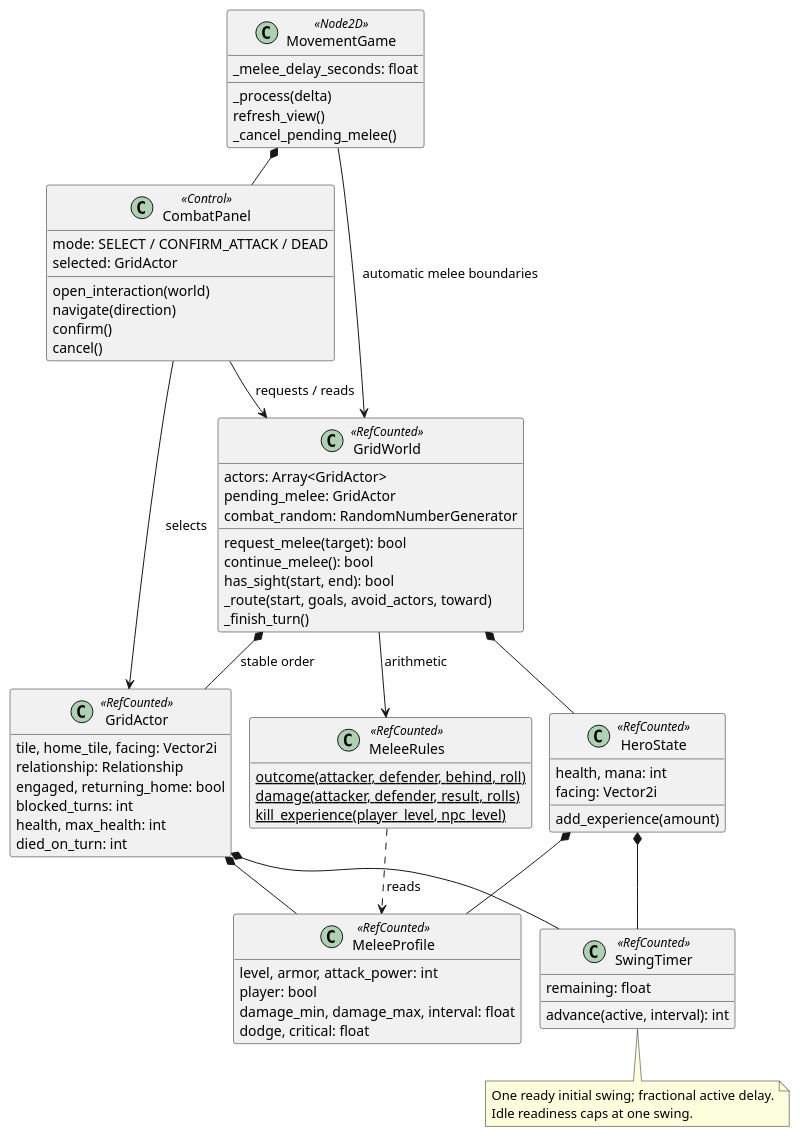
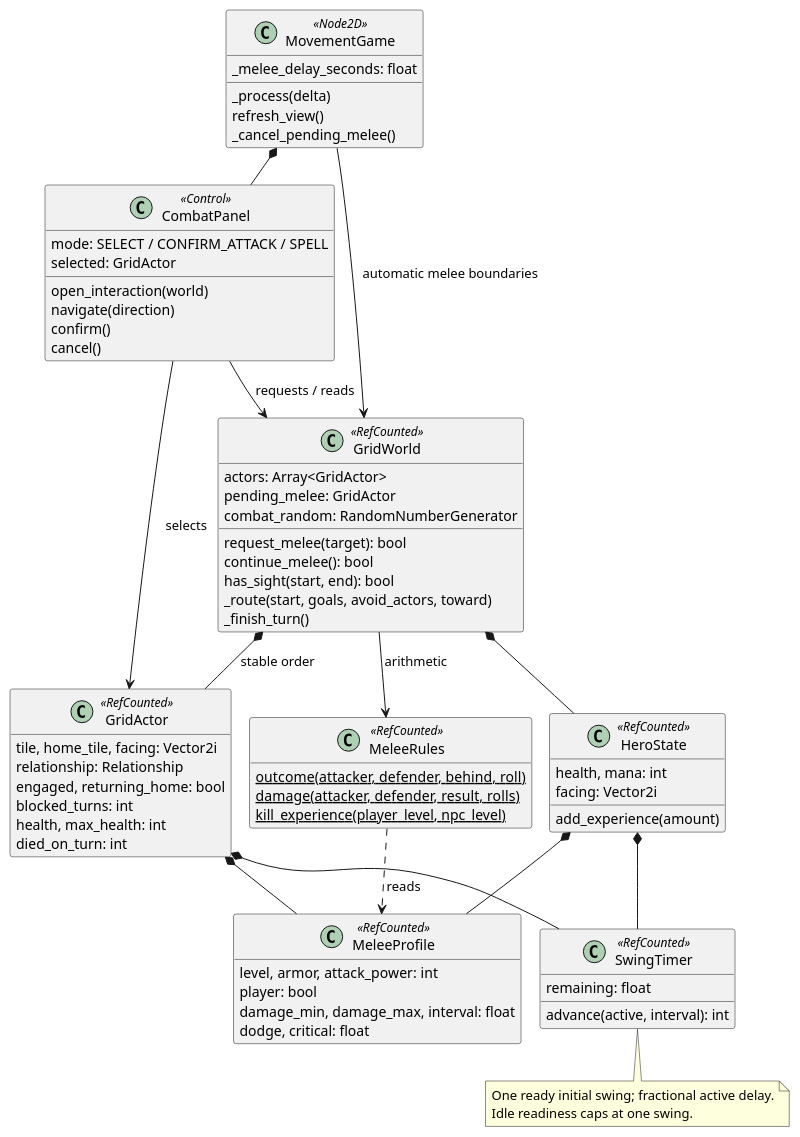
One commit to VHonzik/Ostinato changed the diagram in docs/architecture/classes/combat.puml. Above: the diagram before and after it, drawn with PlantUML. The commit also changed 43 other files, not shown here.

```diff
--- a/docs/architecture/classes/combat.puml
+++ b/docs/architecture/classes/combat.puml
@@ -1,77 +1,77 @@
 @startuml
 !pragma layout smetana
 skinparam shadowing false
 skinparam classAttributeIconSize 0
 hide empty members
 
 class MovementGame <<Node2D>> {
   _melee_delay_seconds: float
   _process(delta)
   refresh_view()
   _cancel_pending_melee()
 }
 class CombatPanel <<Control>> {
-  mode: SELECT / CONFIRM_ATTACK / DEAD
+  mode: SELECT / CONFIRM_ATTACK / SPELL
   selected: GridActor
   open_interaction(world)
   navigate(direction)
   confirm()
   cancel()
 }
 class GridWorld <<RefCounted>> {
   actors: Array<GridActor>
   pending_melee: GridActor
   combat_random: RandomNumberGenerator
   request_melee(target): bool
   continue_melee(): bool
   has_sight(start, end): bool
   _route(start, goals, avoid_actors, toward)
   _finish_turn()
 }
 class GridActor <<RefCounted>> {
   tile, home_tile, facing: Vector2i
   relationship: Relationship
   engaged, returning_home: bool
   blocked_turns: int
   health, max_health: int
   died_on_turn: int
 }
 class HeroState <<RefCounted>> {
   health, mana: int
   facing: Vector2i
   add_experience(amount)
 }
 class MeleeProfile <<RefCounted>> {
   level, armor, attack_power: int
   player: bool
   damage_min, damage_max, interval: float
   dodge, critical: float
 }
 class SwingTimer <<RefCounted>> {
   remaining: float
   advance(active, interval): int
 }
 class MeleeRules <<RefCounted>> {
   {static} outcome(attacker, defender, behind, roll)
   {static} damage(attacker, defender, result, rolls)
   {static} kill_experience(player_level, npc_level)
 }
 
 MovementGame *-- CombatPanel
 MovementGame --> GridWorld : automatic melee boundaries
 CombatPanel --> GridWorld : requests / reads
 CombatPanel --> GridActor : selects
 GridWorld *-- GridActor : stable order
 GridWorld *-- HeroState
 GridWorld --> MeleeRules : arithmetic
 GridActor *-- MeleeProfile
 HeroState *-- MeleeProfile
 GridActor *-- SwingTimer
 HeroState *-- SwingTimer
 MeleeRules ..> MeleeProfile : reads
 
 note bottom of SwingTimer
 One ready initial swing; fractional active delay.
 Idle readiness caps at one swing.
 end note
 @enduml
```
